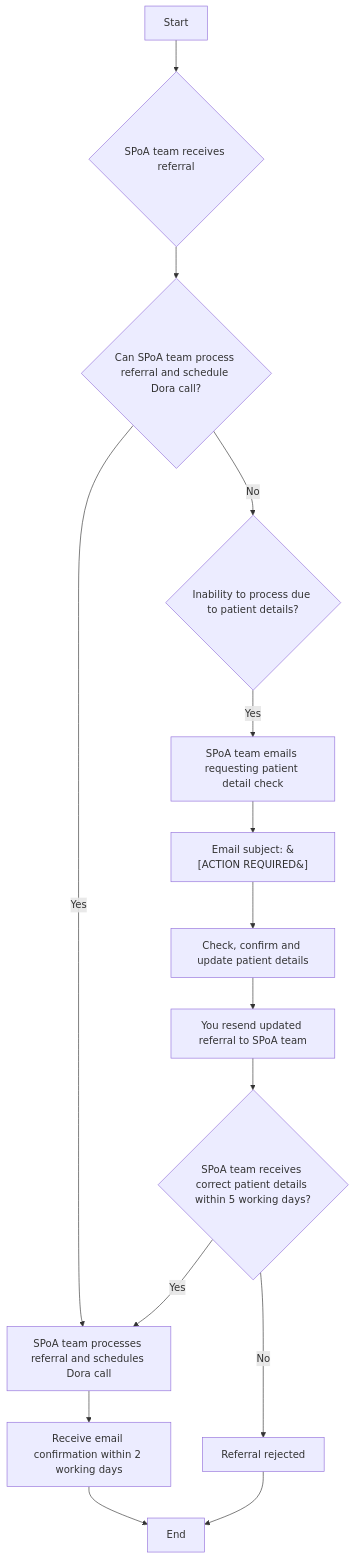
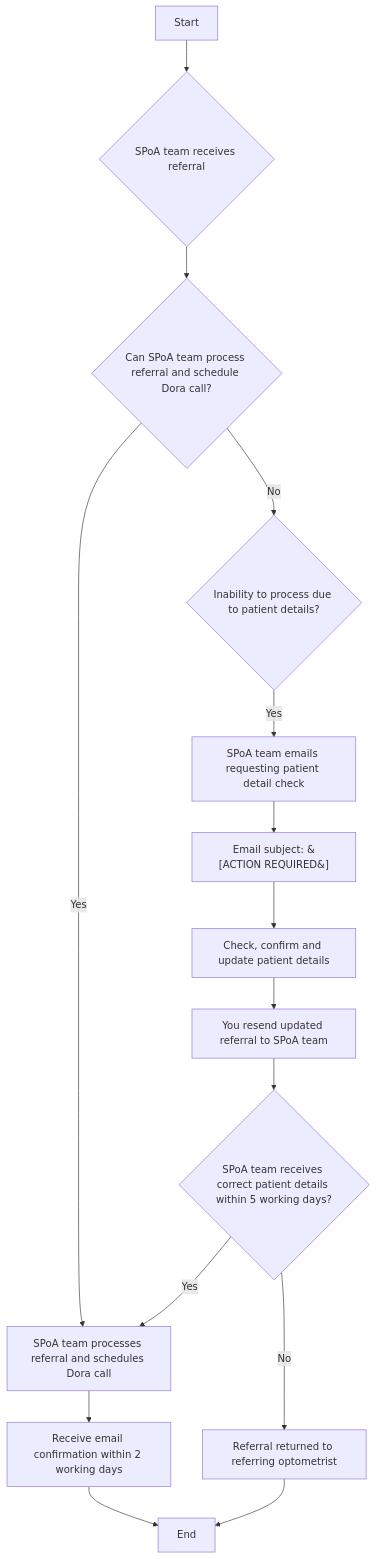
One commit to lkstacey/golive changed the diagram in HIoW-SPoA-OptomFlow.md. Above: the diagram before and after it, drawn with Mermaid.

Commit message:
Update HIoW-SPoA-OptomFlow.md
Update wording of rejection

````diff
--- a/HIoW-SPoA-OptomFlow.md
+++ b/HIoW-SPoA-OptomFlow.md
@@ -1,23 +1,23 @@
 ```mermaid
 graph TD
     A[Start] --> B{SPoA team receives referral};
 
     B --> C{Can SPoA team process referral and schedule Dora call?};
 
     C -- Yes --> D[SPoA team processes referral and schedules Dora call];
     D --> E[Receive email confirmation within 2 working days];
     E --> F[End];
 
     C -- No --> G{Inability to process due to patient details?};
 
     G -- Yes --> H[SPoA team emails requesting patient detail check];
     H --> I[Email subject: &#91;ACTION REQUIRED&#93;];
     I --> J[Check, confirm and update patient details];
     J --> K[You resend updated referral to SPoA team];
 
     K --> L{SPoA team receives correct patient details within 5 working days?};
 
     L -- Yes --> D;
-    L -- No --> M[Referral rejected];
+    L -- No --> M[Referral returned to referring optometrist];
     M --> F;
 ```
````
